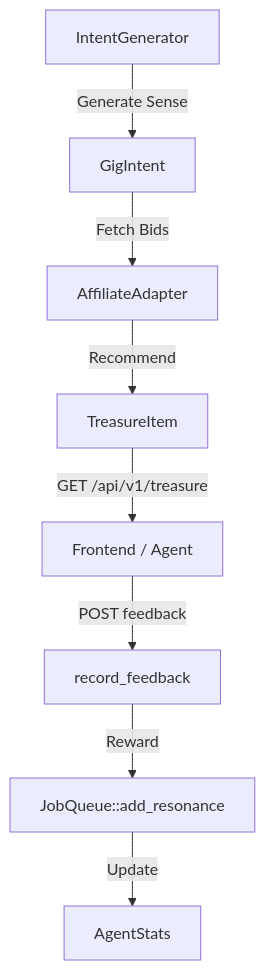
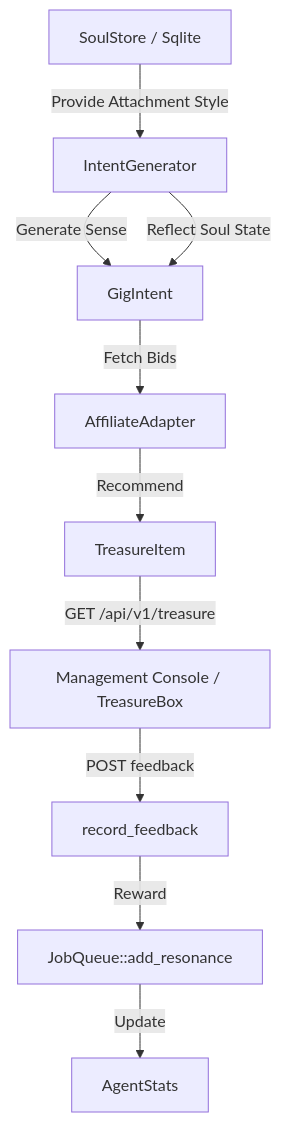
One commit to for4xex-droid/modular-open-claw changed diagram 11 of 11 in .context/RIPPLE_MAP.md. Above: the diagram before and after it, drawn with Mermaid. The commit also changed other lines of this file and 31 other files, not shown here.

````diff
--- a/.context/RIPPLE_MAP.md
+++ b/.context/RIPPLE_MAP.md
@@ -265,10 +267,12 @@
 ```mermaid
 graph TD
     A[IntentGenerator] -->|Generate Sense| B[GigIntent]
+    S[SoulStore / Sqlite] -->|Provide Attachment Style| A
+    A -->|Reflect Soul State| B
     B -->|Fetch Bids| C[AffiliateAdapter]
     C -->|Recommend| D[TreasureItem]
-    D -->|GET /api/v1/treasure| E[Frontend / Agent]
+    D -->|GET /api/v1/treasure| E[Management Console / TreasureBox]
     E -->|POST feedback| F[record_feedback]
     F -->|Reward| G[JobQueue::add_resonance]
     G -->|Update| H[AgentStats]
 ```
````
